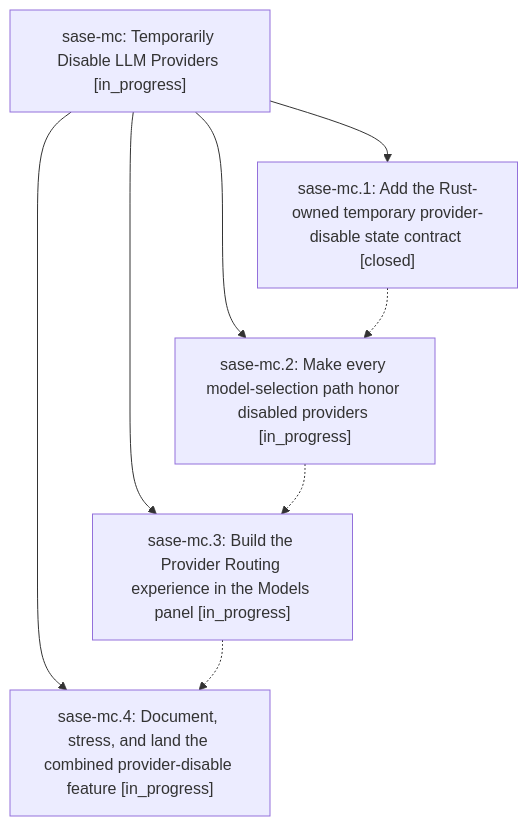
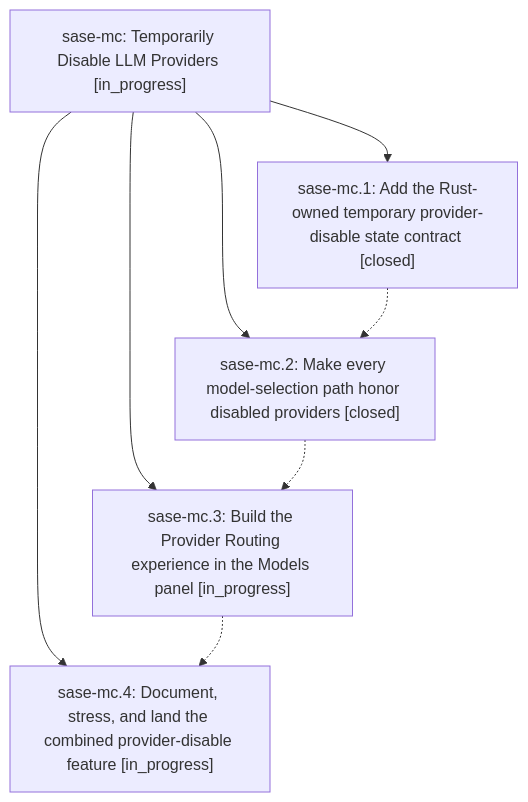
Before and after one commit to sase-org/sase--beads: the diagram in pages/sase-mc/README.md, drawn with Mermaid. The commit also changed other lines of this file and 3 other files, not shown here.

````diff
--- a/pages/sase-mc/README.md
+++ b/pages/sase-mc/README.md
@@ -25,15 +25,15 @@
 ```mermaid
 flowchart TD
     n0["sase-mc: Temporarily Disable LLM Providers [in_progress]"]
     n1["sase-mc.1: Add the Rust-owned temporary provider-disable state contract [closed]"]
-    n2["sase-mc.2: Make every model-selection path honor disabled providers [in_progress]"]
+    n2["sase-mc.2: Make every model-selection path honor disabled providers [closed]"]
     n3["sase-mc.3: Build the Provider Routing experience in the Models panel [in_progress]"]
     n4["sase-mc.4: Document, stress, and land the combined provider-disable feature [in_progress]"]
     n0 --> n1
     n0 --> n2
     n0 --> n3
     n0 --> n4
     n1 -.-> n2
     n2 -.-> n3
     n3 -.-> n4
 ```
````
